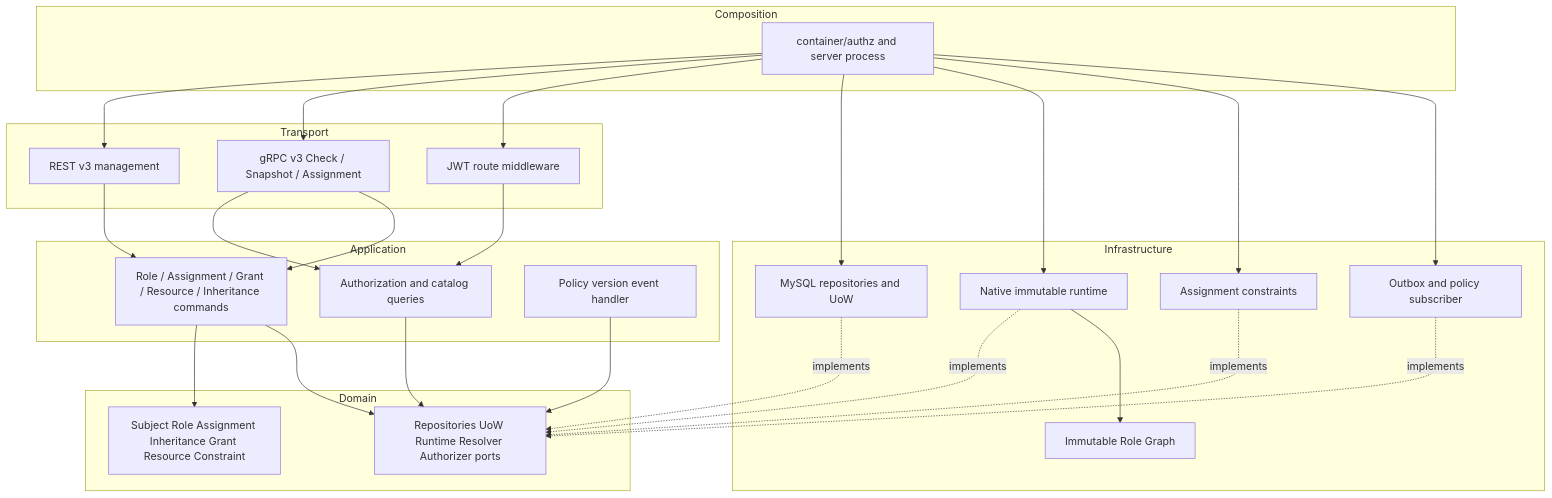
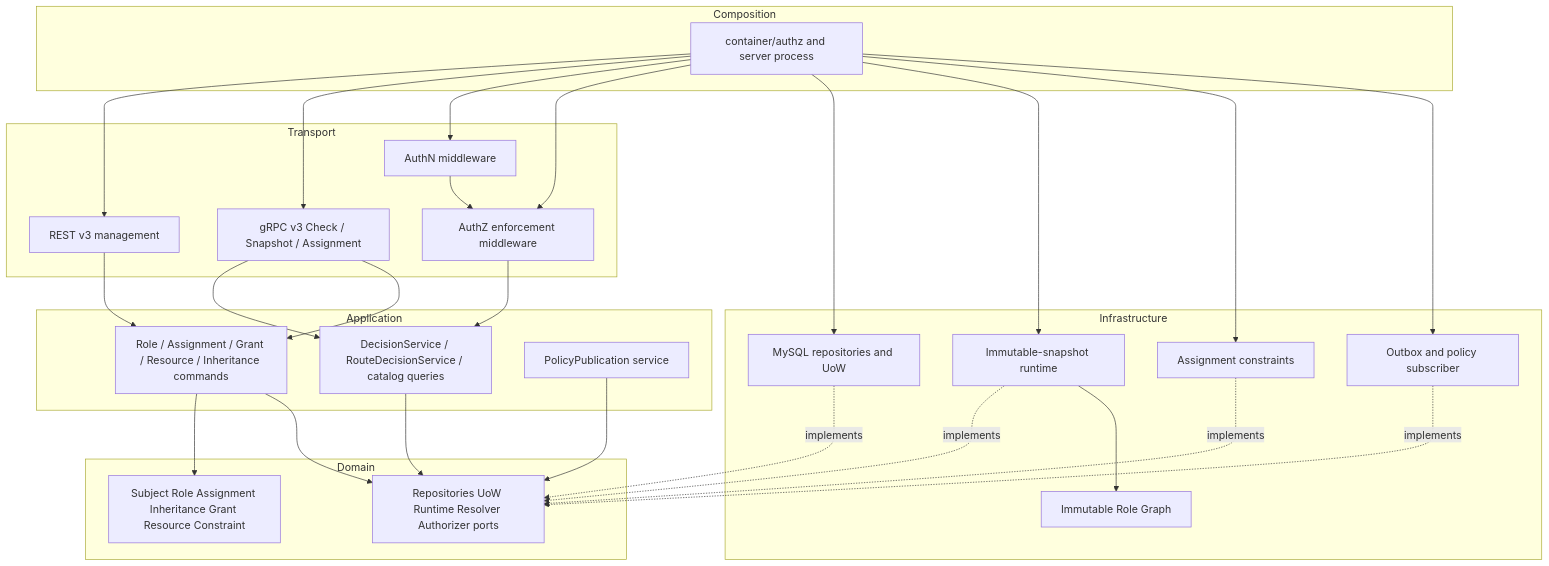
Before and after one commit to FangcunMount/iam: the diagram in docs/02-业务模块/03-AuthZ/08-分层架构与代码索引.md, drawn with Mermaid. The commit also changed other lines of this file and 172 other files, not shown here.

First line of the commit message:
refactor(authz): align authorization lifecycle boundaries

````diff
--- a/docs/02-业务模块/03-AuthZ/08-分层架构与代码索引.md
+++ b/docs/02-业务模块/03-AuthZ/08-分层架构与代码索引.md
@@ -23,48 +23,51 @@
 ```mermaid
 flowchart TB
   subgraph Transport
     REST[REST v3 management]
     GRPC[gRPC v3 Check / Snapshot / Assignment]
-    MW[JWT route middleware]
+    AUTHN_MW[AuthN middleware]
+    AUTHZ_MW[AuthZ enforcement middleware]
   end
   subgraph Application
     CMD[Role / Assignment / Grant / Resource / Inheritance commands]
-    QRY[Authorization and catalog queries]
-    SYNC[Policy version event handler]
+    QRY[DecisionService / RouteDecisionService / catalog queries]
+    SYNC[PolicyPublication service]
   end
   subgraph Domain
     MODEL[Subject Role Assignment Inheritance Grant Resource Constraint]
     PORTS[Repositories UoW Runtime Resolver Authorizer ports]
   end
   subgraph Infrastructure
     MYSQL[MySQL repositories and UoW]
-    NATIVE[Native immutable runtime]
+    RUNTIME[Immutable-snapshot runtime]
     ROLE_GRAPH[Immutable Role Graph]
     AC[Assignment constraints]
     EVENTS[Outbox and policy subscriber]
   end
   subgraph Composition
     ROOT[container/authz and server process]
   end
 
   REST --> CMD
   GRPC --> QRY
   GRPC --> CMD
-  MW --> QRY
+  AUTHN_MW --> AUTHZ_MW
+  AUTHZ_MW --> QRY
   CMD --> MODEL
   CMD --> PORTS
   QRY --> PORTS
   SYNC --> PORTS
   MYSQL -.implements.-> PORTS
-  NATIVE -.implements.-> PORTS
-  NATIVE --> ROLE_GRAPH
+  RUNTIME -.implements.-> PORTS
+  RUNTIME --> ROLE_GRAPH
   AC -.implements.-> PORTS
   EVENTS -.implements.-> PORTS
   ROOT --> REST
   ROOT --> GRPC
-  ROOT --> MW
+  ROOT --> AUTHN_MW
+  ROOT --> AUTHZ_MW
   ROOT --> MYSQL
-  ROOT --> NATIVE
+  ROOT --> RUNTIME
   ROOT --> AC
   ROOT --> EVENTS
 ```
````
